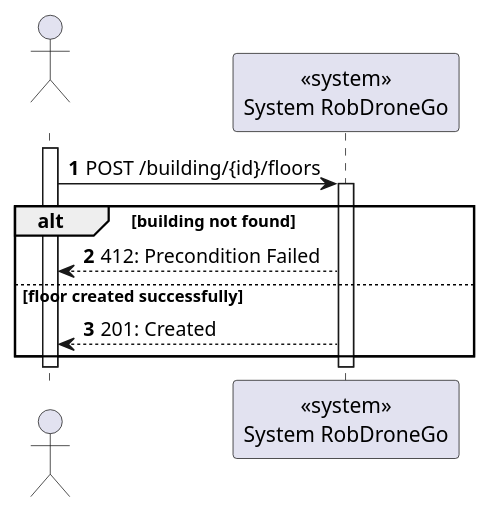
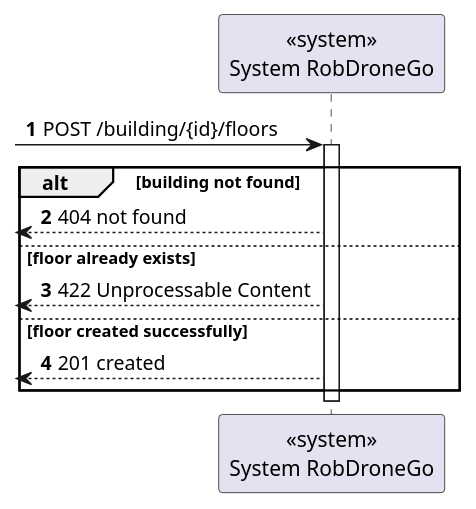
Before and after one commit to Departamento-de-Engenharia-Informatica/lapr5-23-24-g19: the diagram in docs/us190/level1/process-view.puml, drawn with PlantUML. The commit also changed 8 other files, not shown here.

```diff
--- a/docs/us190/level1/process-view.puml
+++ b/docs/us190/level1/process-view.puml
@@ -1,20 +1,19 @@
 @startuml
 autonumber
 
-actor " " as actor
 participant "<<system>>\nSystem RobDroneGo" as sys
 
-activate actor
-    actor -> sys: POST /building/{id}/floors
+    [-> sys: POST /building/{id}/floors
 
     activate sys
     alt building not found
-        sys --> actor : 412: Precondition Failed
+        [<--sys : 404 not found
+    else floor already exists
+        [<--sys : 422 Unprocessable Content
     else floor created successfully
-        sys --> actor : 201: Created
+        [<--sys : 201 created
     end
     deactivate sys
-deactivate actor
 
 
 @enduml
```
